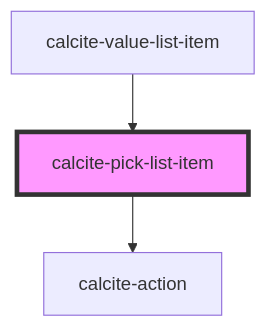
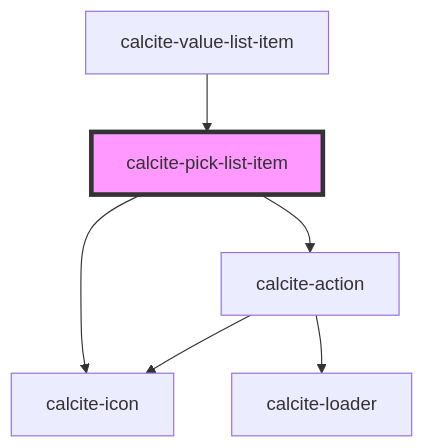
Before and after one commit to Esri/calcite-design-system: the diagram in src/components/calcite-pick-list-item/readme.md, drawn with Mermaid. The commit also changed other lines of this file and 27 other files, not shown here.

````diff
--- a/src/components/calcite-pick-list-item/readme.md
+++ b/src/components/calcite-pick-list-item/readme.md
@@ -64,6 +65,9 @@
 ```mermaid
 graph TD;
+  calcite-pick-list-item --> calcite-icon
   calcite-pick-list-item --> calcite-action
+  calcite-action --> calcite-loader
+  calcite-action --> calcite-icon
   calcite-value-list-item --> calcite-pick-list-item
   style calcite-pick-list-item fill:#f9f,stroke:#333,stroke-width:4px
 ```
````
